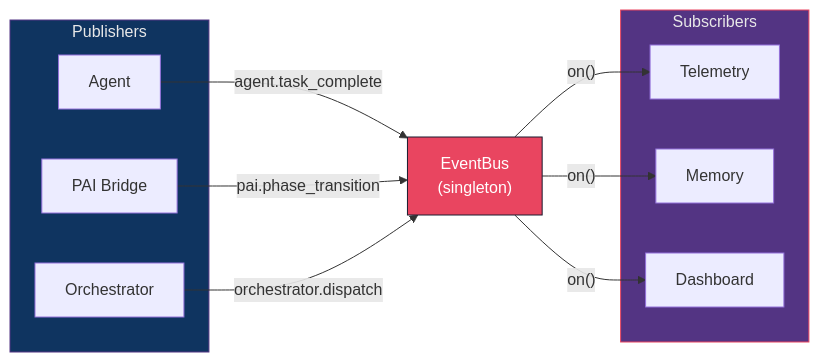
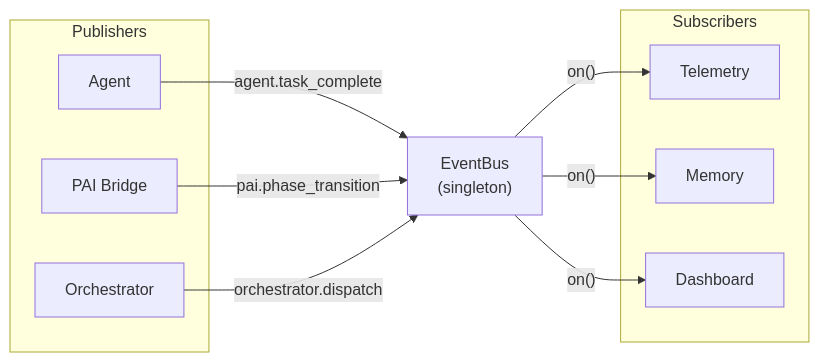
Before and after one commit to docxology/codomyrmex: diagram 11 of 11 in docs/getting-started/GETTING_STARTED_WITH_AGENTS.md, drawn with Mermaid. The commit also changed other lines of this file and 86 other files, not shown here.

````diff
--- a/docs/getting-started/GETTING_STARTED_WITH_AGENTS.md
+++ b/docs/getting-started/GETTING_STARTED_WITH_AGENTS.md
@@ -582,28 +554,24 @@
 ```mermaid
 flowchart LR
     subgraph Publishers["Publishers"]
         AGENT_PUB["Agent"]
         PAI_PUB["PAI Bridge"]
         ORCH_PUB["Orchestrator"]
     end
 
     BUS["EventBus<br/>(singleton)"]
 
     subgraph Subscribers["Subscribers"]
         TELEM_SUB["Telemetry"]
         MEMORY_SUB["Memory"]
         DASH_SUB["Dashboard"]
     end
 
     AGENT_PUB -->|"agent.task_complete"| BUS
     PAI_PUB -->|"pai.phase_transition"| BUS
     ORCH_PUB -->|"orchestrator.dispatch"| BUS
 
     BUS -->|"on()"| TELEM_SUB
     BUS -->|"on()"| MEMORY_SUB
     BUS -->|"on()"| DASH_SUB
-
-    style Publishers fill:#0f3460,stroke:#533483,color:#e8e8e8
-    style BUS fill:#e94560,stroke:#1a1a2e,color:#fff
-    style Subscribers fill:#533483,stroke:#e94560,color:#e8e8e8
 ```
````
